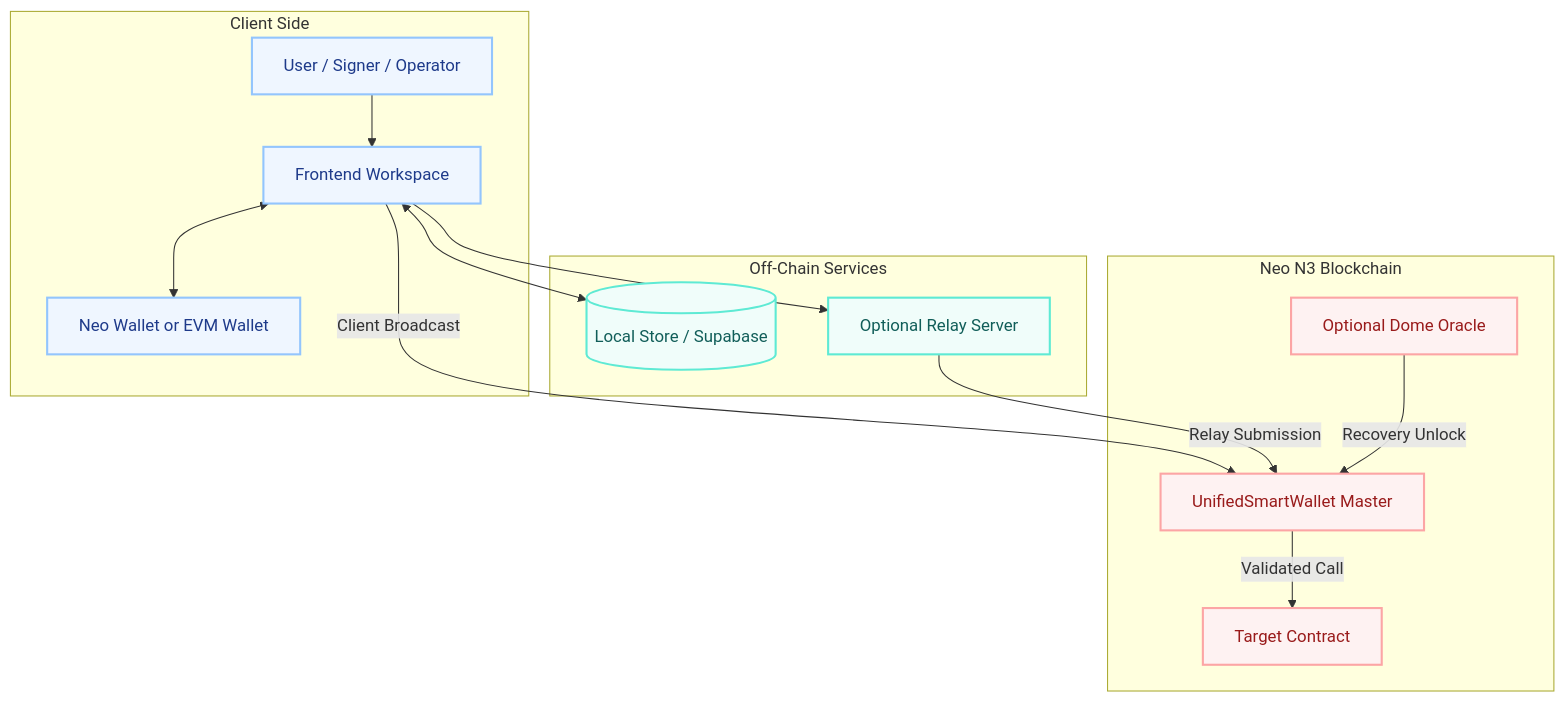
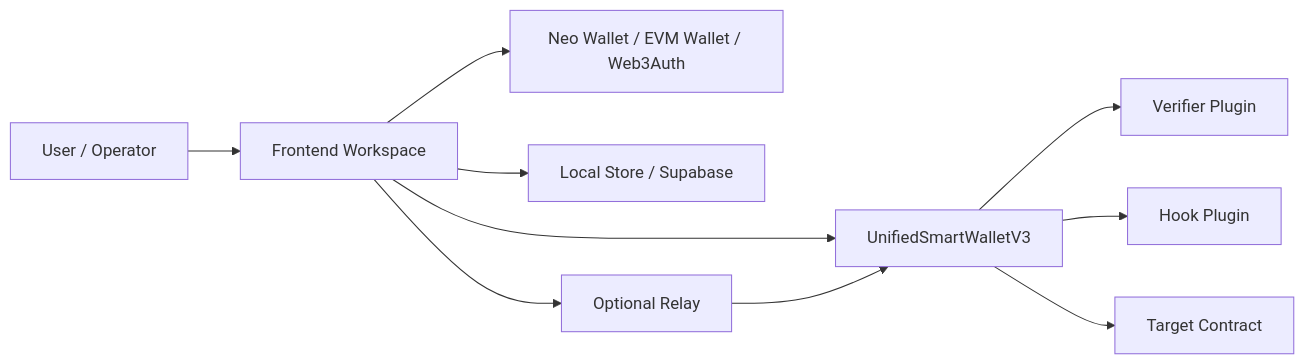
The first of 3 diagrams in docs/architecture.md (r3e-network/neo-abstract-account), drawn with Mermaid before and after one commit. The commit also changed other lines of this file and 52 other files, not shown here.

````diff
--- a/docs/architecture.md
+++ b/docs/architecture.md
@@ -9,40 +7,22 @@
 ```mermaid
-flowchart TD
-  subgraph Client [Client Side]
-    User[User / Signer / Operator]
-    Browser[Frontend Workspace]
-    Wallet[Neo Wallet or EVM Wallet]
-  end
+flowchart LR
+  User[User / Operator]
+  Frontend[Frontend Workspace]
+  Wallets[Neo Wallet / EVM Wallet / Web3Auth]
+  Drafts[Local Store / Supabase]
+  Relay[Optional Relay]
+  Core[UnifiedSmartWalletV3]
+  Verifier[Verifier Plugin]
+  Hook[Hook Plugin]
+  Target[Target Contract]
 
-  subgraph OffChain [Off-Chain Services]
-    Drafts[(Local Store / Supabase)]
-    Relay[Optional Relay Server]
-  end
-
-  subgraph OnChain [Neo N3 Blockchain]
-    Master[UnifiedSmartWallet Master]
-    Target[Target Contract]
-    Oracle[Optional Dome Oracle]
-  end
-
-  %% Client Flow
-  User --> Browser
-  Browser <--> Wallet
-  Browser <--> Drafts
-  Browser --> Relay
-
-  %% Execution Flow
-  Browser -->|Client Broadcast| Master
-  Relay -->|Relay Submission| Master
-  Master -->|Validated Call| Target
-  Oracle -->|Recovery Unlock| Master
-
-  classDef client fill:#eff6ff,stroke:#93c5fd,stroke-width:2px,color:#1e3a8a
-  classDef offchain fill:#f0fdfa,stroke:#5eead4,stroke-width:2px,color:#115e59
-  classDef onchain fill:#fef2f2,stroke:#fca5a5,stroke-width:2px,color:#991b1b
-  classDef default fill:#ffffff,stroke:#cbd5e1,stroke-width:2px,color:#0f172a
-
-  class User,Browser,Wallet client
-  class Drafts,Relay offchain
-  class Master,Target,Oracle onchain
+  User --> Frontend
+  Frontend --> Wallets
+  Frontend --> Drafts
+  Frontend --> Relay
+  Frontend --> Core
+  Relay --> Core
+  Core --> Verifier
+  Core --> Hook
+  Core --> Target
 ```
````
